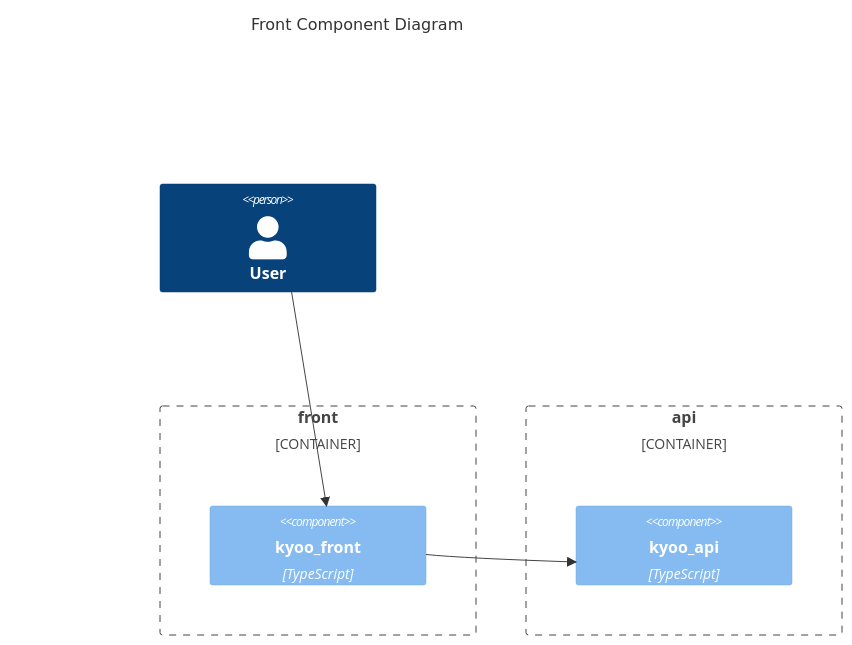
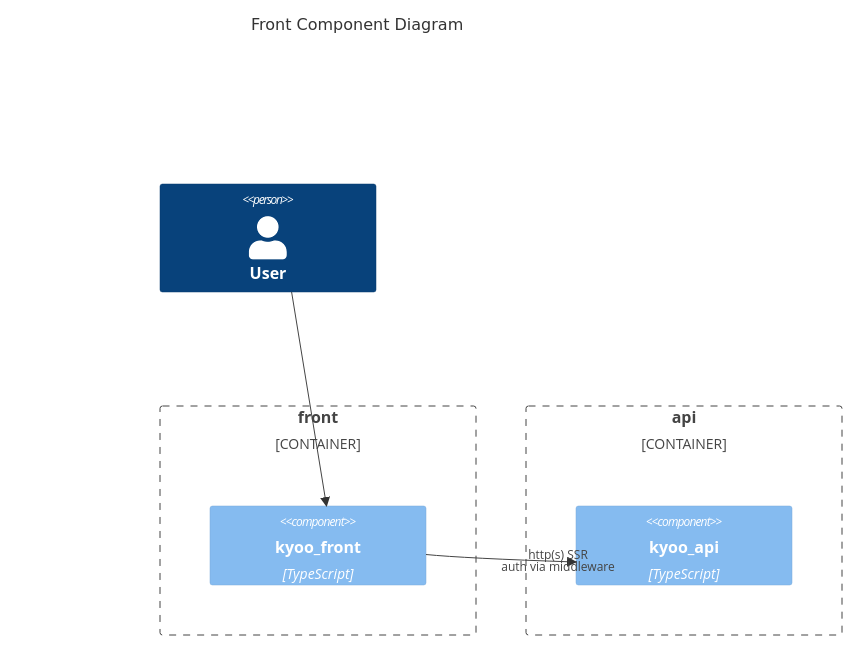
Before and after one commit to zoriya/Kyoo: the sixth of 8 diagrams in DIAGRAMS.md, drawn with Mermaid. The commit also changed other lines of this file, not shown here.

Commit message:
update SSR notes + api downloads media images

````diff
--- a/DIAGRAMS.md
+++ b/DIAGRAMS.md
@@ -171,17 +175,17 @@
 ```mermaid
 C4Component
   UpdateLayoutConfig($c4ShapeInRow="5", $c4BoundaryInRow="2")
   
   title Front Component Diagram
 
   Person(user, "User")
   Container_Boundary(front, "front") {
     Component(front_c1, "kyoo_front", "TypeScript", "")
   }
 
   Container_Boundary(api, "api") {
     Component(api_c1, "kyoo_api", "TypeScript", "")
   }
   Rel(user, front_c1, "")
-  Rel(front_c1, api_c1, "")
+  Rel(front_c1, api_c1, "http(s) SSR <br/> auth via middleware")
 ```
````
